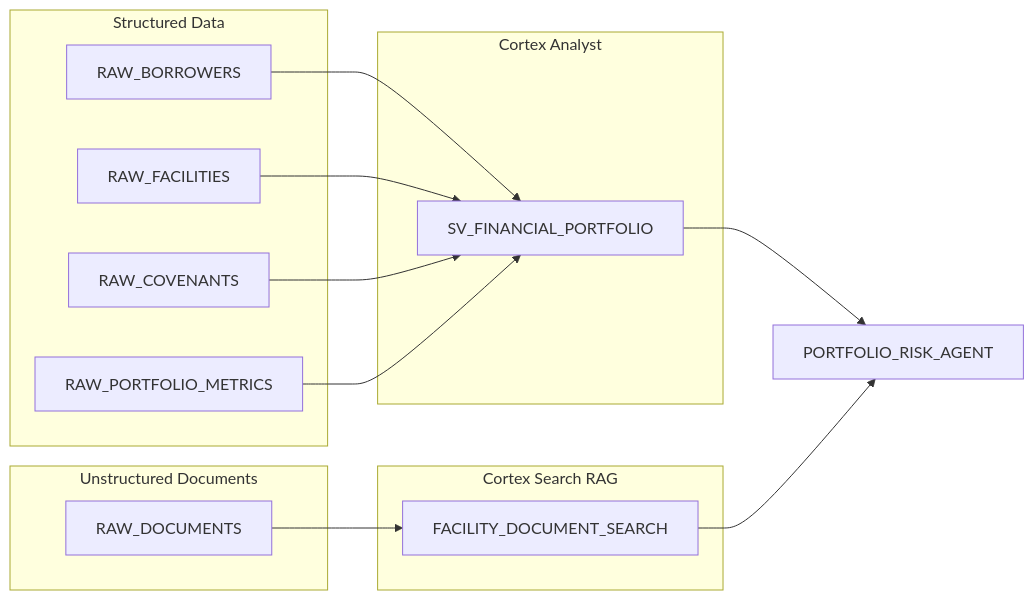
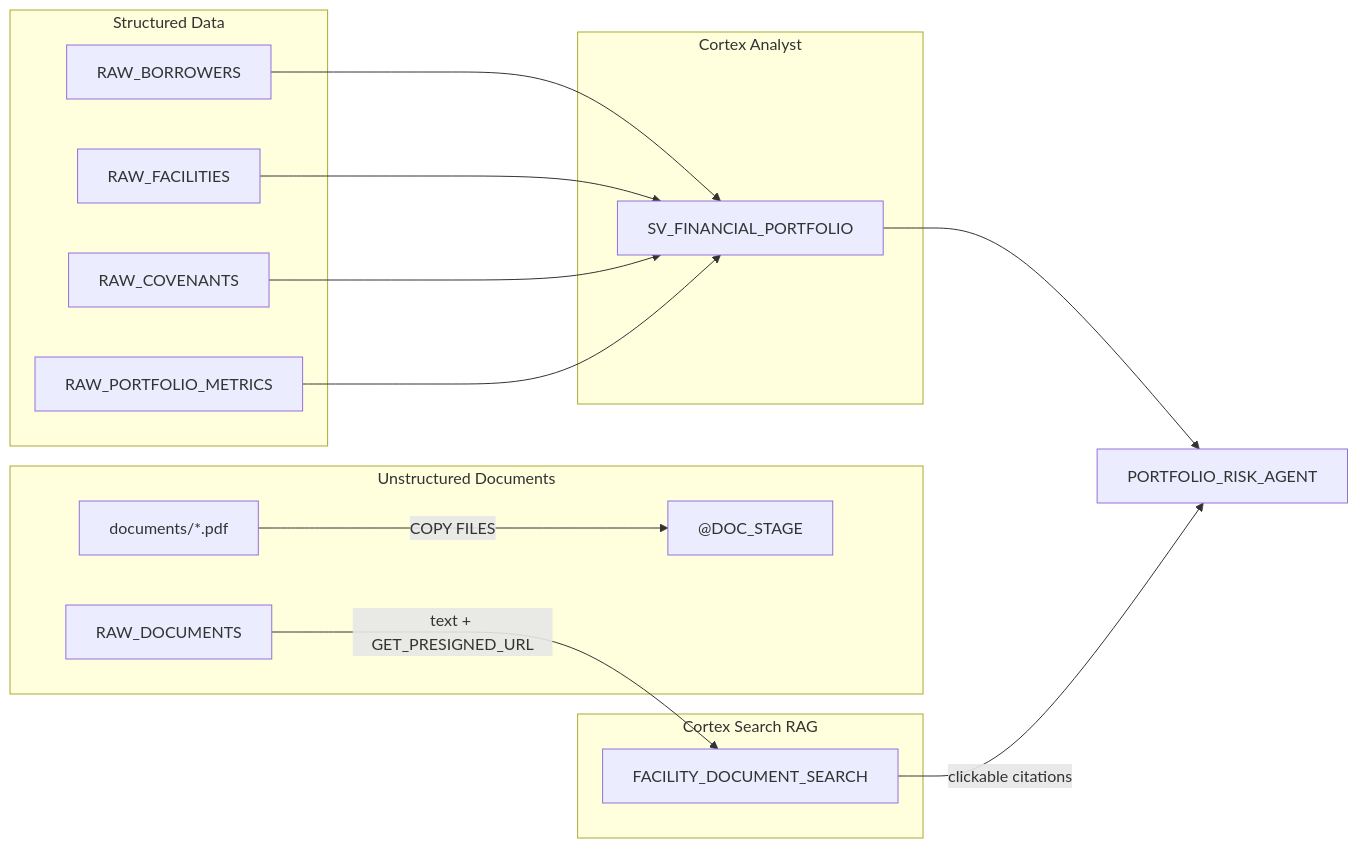
One commit to sfc-gh-miwhitaker/sfe-public changed the diagram in demo-cortex-financial-agents/README.md. Above: the diagram before and after it, drawn with Mermaid. The commit also changed other lines of this file and 51 other files, not shown here.

````diff
--- a/demo-cortex-financial-agents/README.md
+++ b/demo-cortex-financial-agents/README.md
@@ -45,30 +46,33 @@
 ```mermaid
 flowchart LR
     subgraph structured [Structured Data]
         Borrowers[RAW_BORROWERS]
         Facilities[RAW_FACILITIES]
         Covenants[RAW_COVENANTS]
         Metrics[RAW_PORTFOLIO_METRICS]
     end
 
     subgraph unstructured [Unstructured Documents]
+        PDFs["documents/*.pdf"]
+        Stage["@DOC_STAGE"]
         Docs[RAW_DOCUMENTS]
     end
 
     subgraph analytics [Cortex Analyst]
         SV[SV_FINANCIAL_PORTFOLIO]
     end
 
     subgraph rag [Cortex Search RAG]
         CSS[FACILITY_DOCUMENT_SEARCH]
     end
 
     Borrowers --> SV
     Facilities --> SV
     Covenants --> SV
     Metrics --> SV
-    Docs --> CSS
+    PDFs -->|COPY FILES| Stage
+    Docs -->|"text + GET_PRESIGNED_URL"| CSS
 
     SV --> Agent[PORTFOLIO_RISK_AGENT]
-    CSS --> Agent
+    CSS -->|clickable citations| Agent
 ```
````
